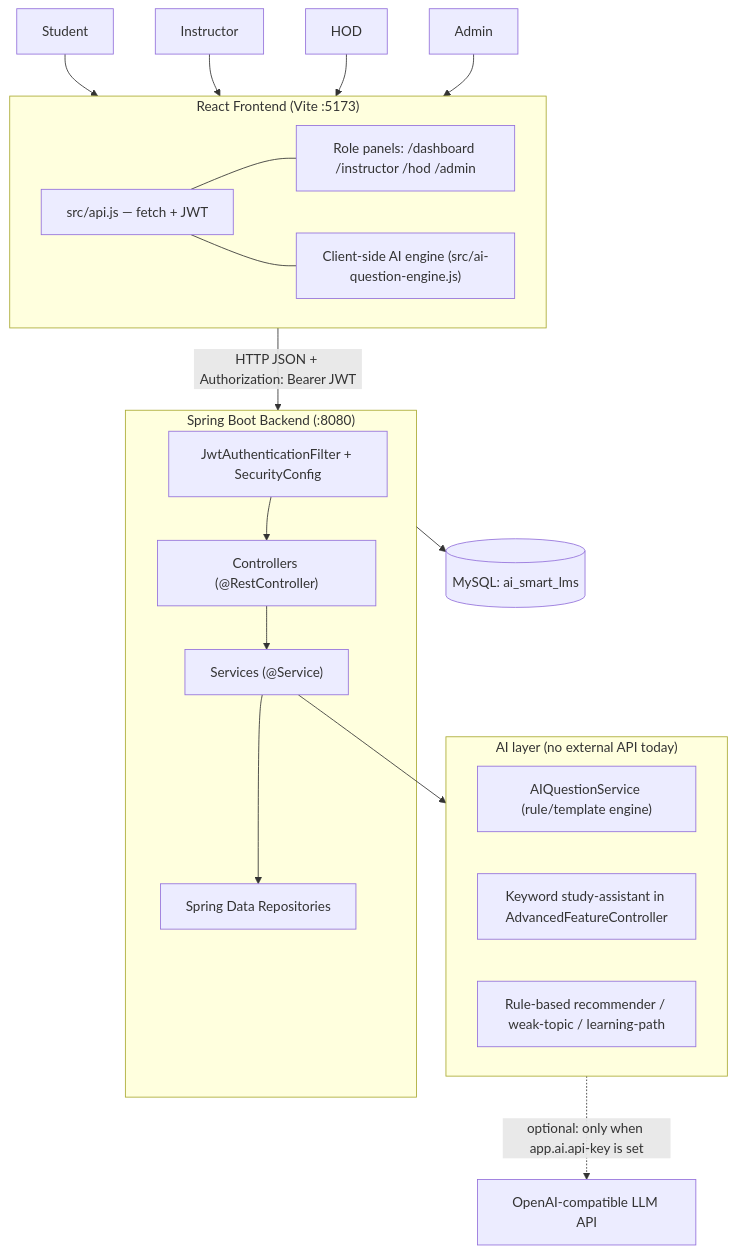
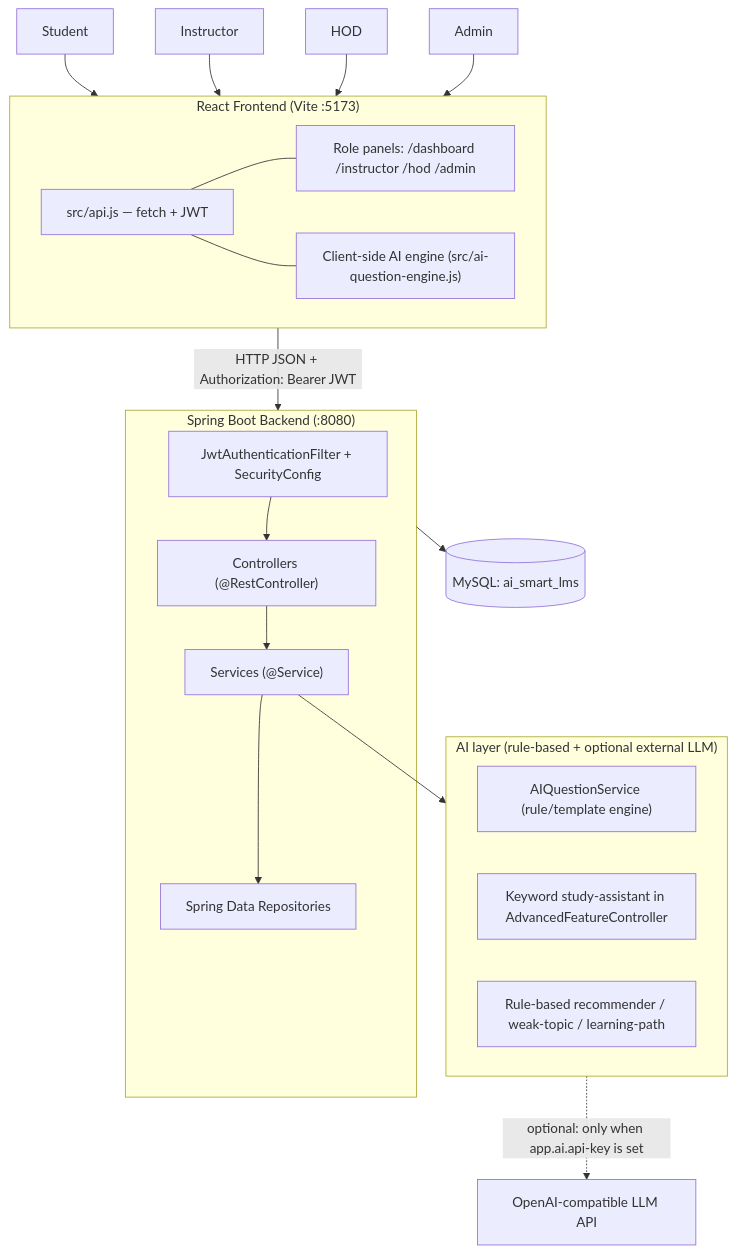
Before and after one commit to RohitDhobi/AI-Smart-LMS-Project-: the first of 5 diagrams in docs/01-Project-Overview/ARCHITECTURE.md, drawn with Mermaid.

Commit message:
Auto-commit: 06-10-2026 20:43:01.19 (1 file changed, 1 insertion(+), 1 deletion(-))

````diff
--- a/docs/01-Project-Overview/ARCHITECTURE.md
+++ b/docs/01-Project-Overview/ARCHITECTURE.md
@@ -72,33 +72,33 @@
 ```mermaid
 flowchart TD
     subgraph FE["React Frontend (Vite :5173)"]
         FE1["src/api.js — fetch + JWT"]
         FE2["Role panels: /dashboard /instructor /hod /admin"]
         FE3["Client-side AI engine (src/ai-question-engine.js)"]
         FE1 --- FE2
         FE1 --- FE3
     end
 
     subgraph BE["Spring Boot Backend (:8080)"]
         SEC["JwtAuthenticationFilter + SecurityConfig"]
         CTRL["Controllers (@RestController)"]
         SVC["Services (@Service)"]
         REPO["Spring Data Repositories"]
         SEC --> CTRL --> SVC --> REPO
     end
 
-    subgraph AIL["AI layer (no external API today)"]
+    subgraph AIL["AI layer (rule-based + optional external LLM)"]
         AI1["AIQuestionService (rule/template engine)"]
         AI2["Keyword study-assistant in AdvancedFeatureController"]
         AI3["Rule-based recommender / weak-topic / learning-path"]
     end
 
     S[Student] --> FE
     I[Instructor] --> FE
     H[HOD] --> FE
     A[Admin] --> FE
     FE -->|HTTP JSON + Authorization: Bearer JWT| BE
     SVC --> AIL
     AIL -. "optional: only when app.ai.api-key is set" .-> GEM["OpenAI-compatible LLM API"]
     BE --> DB[("MySQL: ai_smart_lms")]
 ```
````
